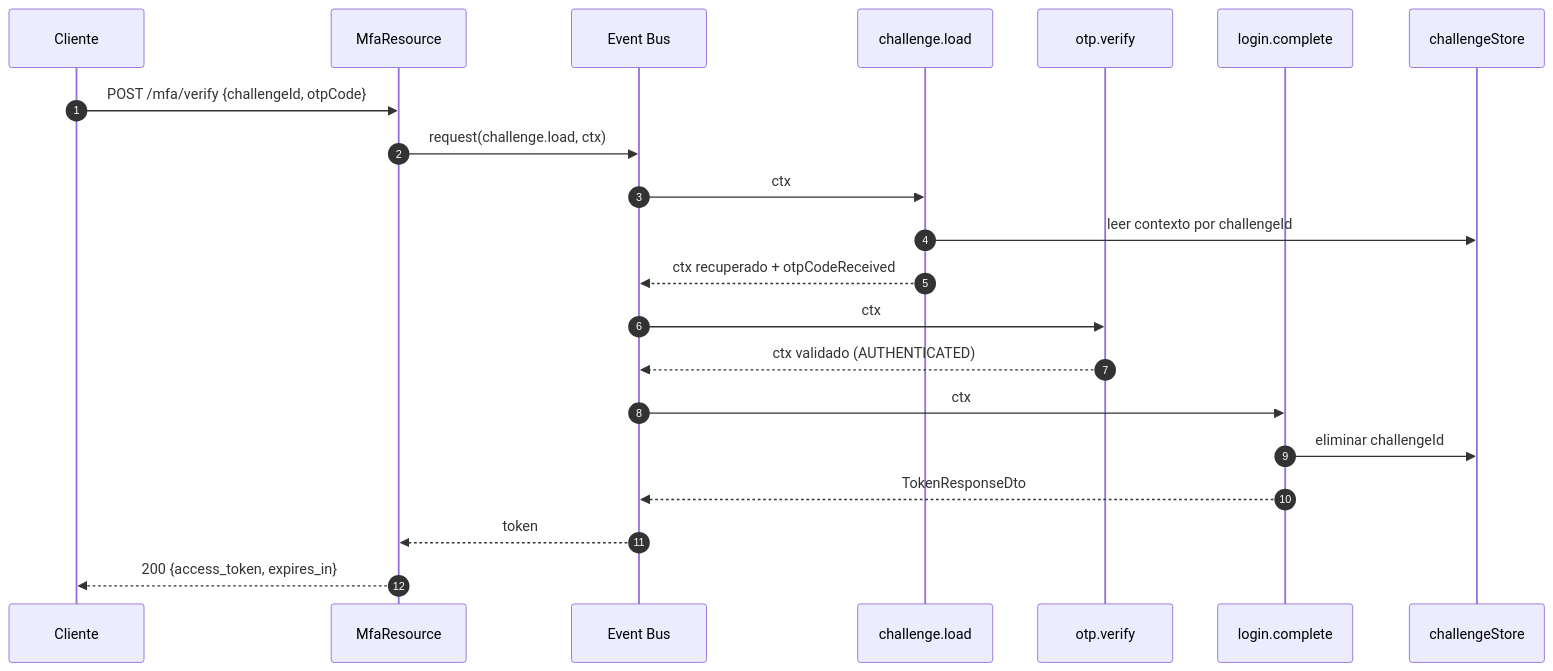
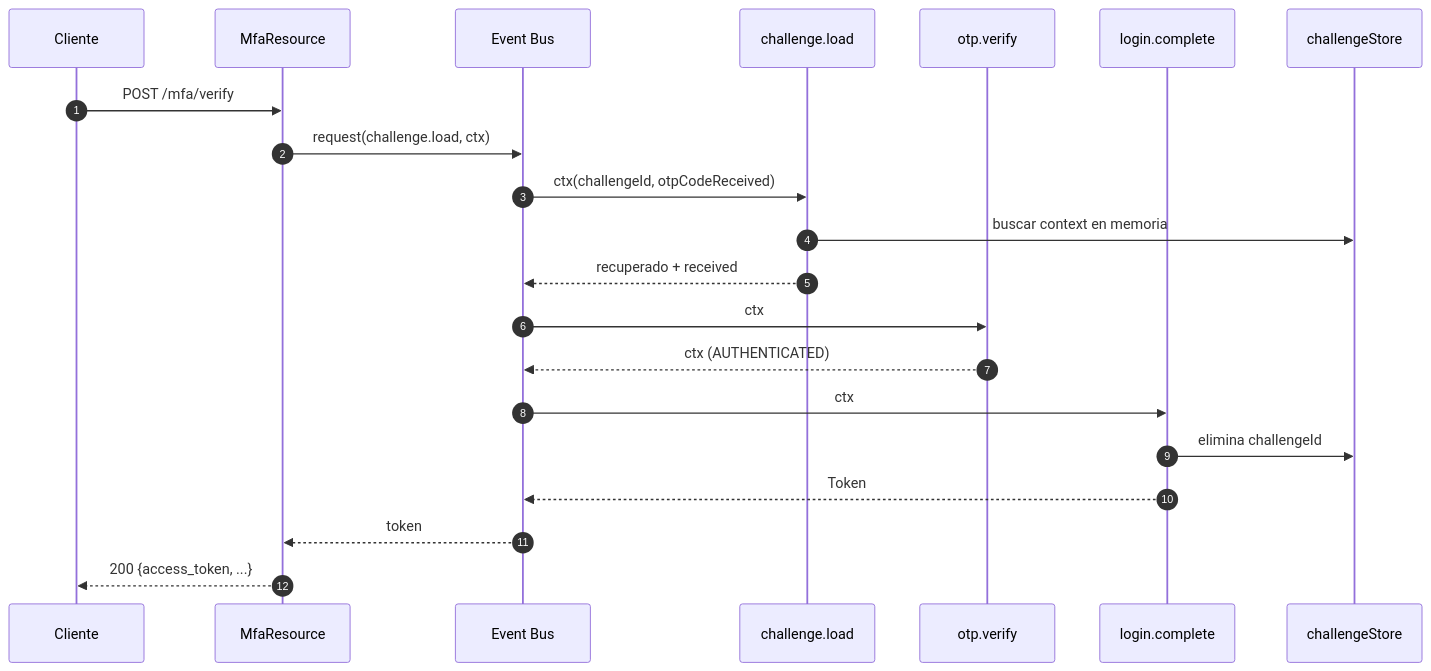
Before and after one commit to teamdroid-trainer/docs-docusaurus-trainer: the seventh of 12 diagrams in docs/backend-java-quarkus/06-event-driven-mfa/event-bus-mfa.md, drawn with Mermaid. The commit also changed other lines of this file and 7 other files, not shown here.

Commit message:
docs: division de kafka en teoria e implementacion con mdx interactivos y diagramas mermaid, resolucion de bugs de docusaurus

````diff
--- a/docs/backend-java-quarkus/06-event-driven-mfa/event-bus-mfa.md
+++ b/docs/backend-java-quarkus/06-event-driven-mfa/event-bus-mfa.md
@@ -193,24 +261,24 @@
 ```mermaid
 sequenceDiagram
     autonumber
     participant C as Cliente
     participant R as MfaResource
     participant EB as Event Bus
     participant L as challenge.load
     participant V as otp.verify
     participant F as login.complete
     participant S as challengeStore
 
-    C->>R: POST /mfa/verify {challengeId, otpCode}
+    C->>R: POST /mfa/verify
     R->>EB: request(challenge.load, ctx)
-    EB->>L: ctx
-    L->>S: leer contexto por challengeId
-    L-->>EB: ctx recuperado + otpCodeReceived
+    EB->>L: ctx(challengeId, otpCodeReceived)
+    L->>S: buscar context en memoria
+    L-->>EB: recuperado + received
     EB->>V: ctx
-    V-->>EB: ctx validado (AUTHENTICATED)
+    V-->>EB: ctx (AUTHENTICATED)
     EB->>F: ctx
-    F->>S: eliminar challengeId
-    F-->>EB: TokenResponseDto
+    F->>S: elimina challengeId
+    F-->>EB: Token
     EB-->>R: token
-    R-->>C: 200 {access_token, expires_in}
+    R-->>C: 200 {access_token, ...}
 ```
````
